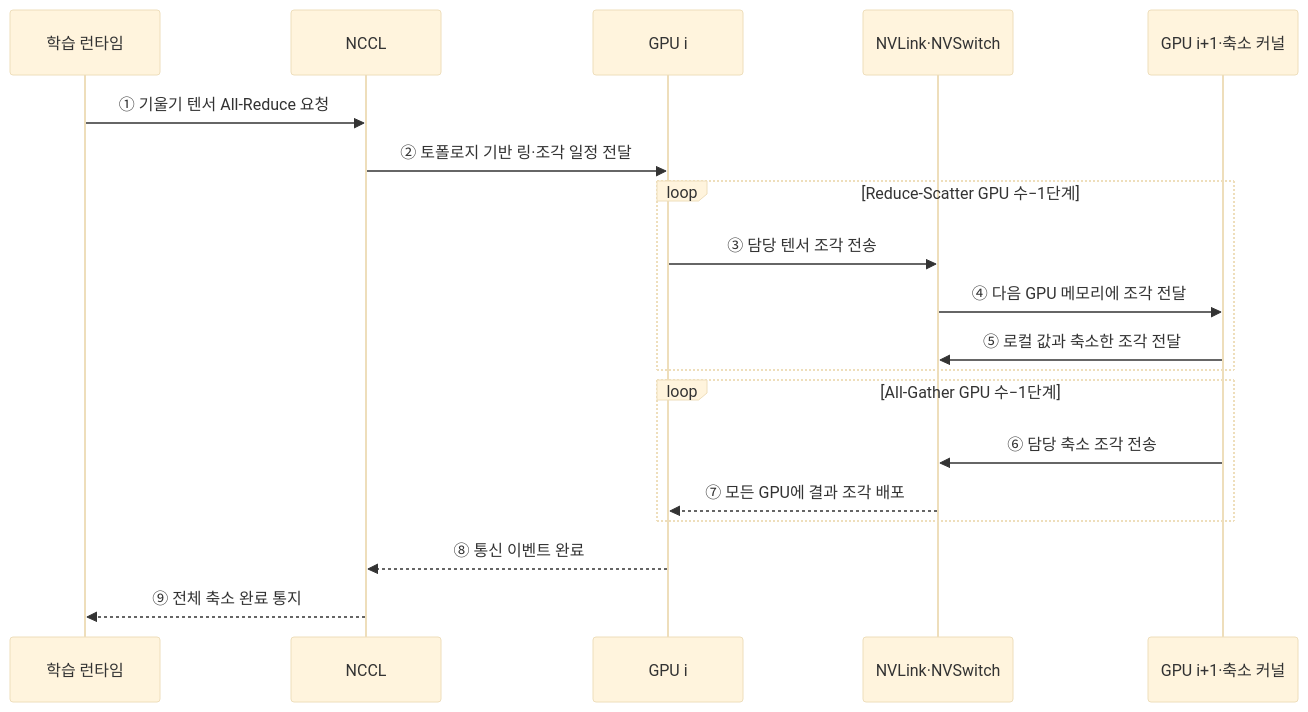
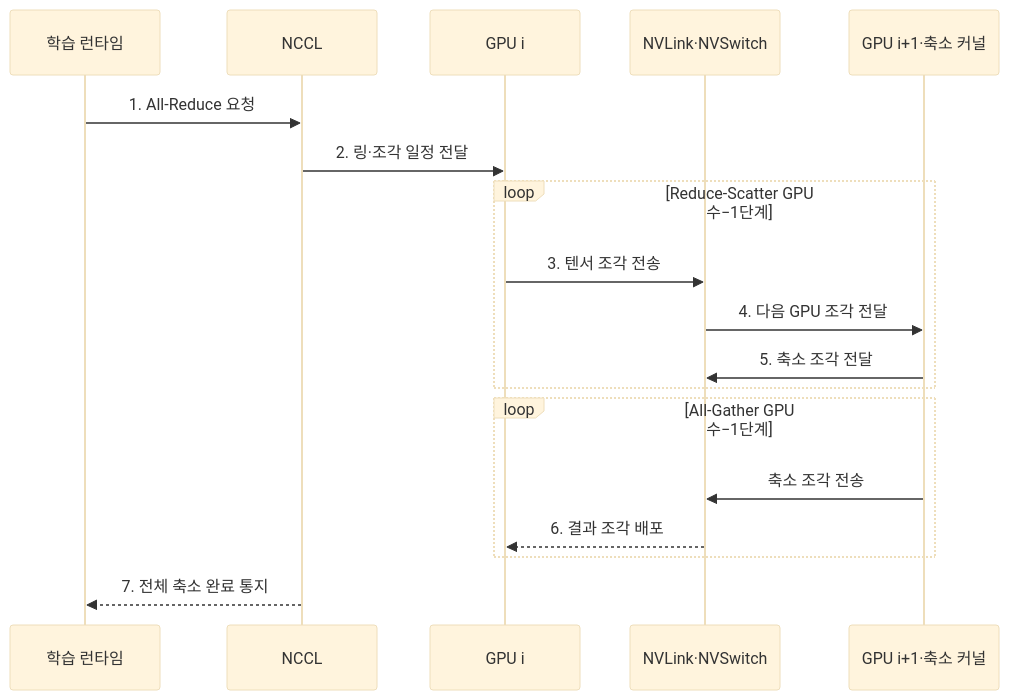
Before and after one commit to agnusdei1207/knowledge-base: the second of 2 diagrams in src/content/docs/notes/02-hardware/047_nvlink.md, drawn with Mermaid (base theme). The commit also changed other lines of this file and 20 other files, not shown here.

````diff
--- a/src/content/docs/notes/02-hardware/047_nvlink.md
+++ b/src/content/docs/notes/02-hardware/047_nvlink.md
@@ -74,22 +84,21 @@
 ```mermaid
 sequenceDiagram
     participant A as 학습 런타임
     participant N as NCCL
     participant G1 as GPU i
     participant S as NVLink·NVSwitch
     participant G2 as GPU i+1·축소 커널
 
-    A->>N: ① 기울기 텐서 All-Reduce 요청
-    N->>G1: ② 토폴로지 기반 링·조각 일정 전달
+    A->>N: 1. All-Reduce 요청
+    N->>G1: 2. 링·조각 일정 전달
     loop Reduce-Scatter GPU 수−1단계
-        G1->>S: ③ 담당 텐서 조각 전송
-        S->>G2: ④ 다음 GPU 메모리에 조각 전달
-        G2->>S: ⑤ 로컬 값과 축소한 조각 전달
+        G1->>S: 3. 텐서 조각 전송
+        S->>G2: 4. 다음 GPU 조각 전달
+        G2->>S: 5. 축소 조각 전달
     end
     loop All-Gather GPU 수−1단계
-        G2->>S: ⑥ 담당 축소 조각 전송
-        S-->>G1: ⑦ 모든 GPU에 결과 조각 배포
+        G2->>S: 축소 조각 전송
+        S-->>G1: 6. 결과 조각 배포
     end
-    G1-->>N: ⑧ 통신 이벤트 완료
-    N-->>A: ⑨ 전체 축소 완료 통지
+    N-->>A: 7. 전체 축소 완료 통지
 ```
````
